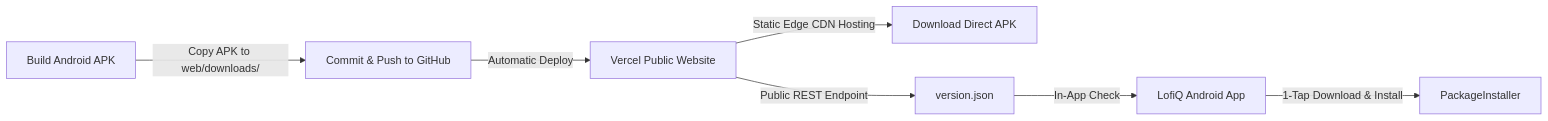
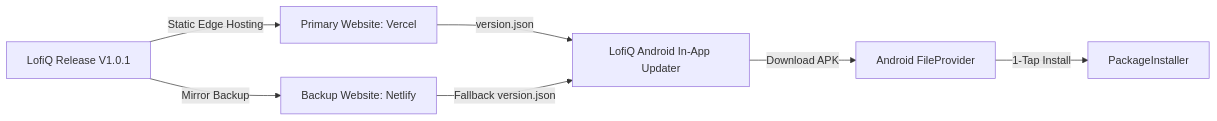
One commit to itsafxal/LofiQ-Music changed the third of 3 diagrams in README.md. Above: the diagram before and after it, drawn with Mermaid. The commit also changed other lines of this file and 11 other files, not shown here.

Commit message:
feat: complete README redesign, dual-website failover, and endpoint hardening for LofiQ V1.0.1

````diff
--- a/README.md
+++ b/README.md
@@ -55,9 +410,9 @@
 ```mermaid
 flowchart LR
-    A[Build Android APK] -->|Copy APK to web/downloads/| B[Commit & Push to GitHub]
-    B -->|Automatic Deploy| C[Vercel Public Website]
-    C -->|Static Edge CDN Hosting| D[Download Direct APK]
-    C -->|Public REST Endpoint| E[version.json]
-    E -->|In-App Check| F[LofiQ Android App]
-    F -->|1-Tap Download & Install| G[PackageInstaller]
+    A[LofiQ Release V1.0.1] -->|Static Edge Hosting| B[Primary Website: Vercel]
+    A -->|Mirror Backup| C[Backup Website: Netlify]
+    B -->|version.json| D[LofiQ Android In-App Updater]
+    C -->|Fallback version.json| D
+    D -->|Download APK| E[Android FileProvider]
+    E -->|1-Tap Install| F[PackageInstaller]
 ```
````
